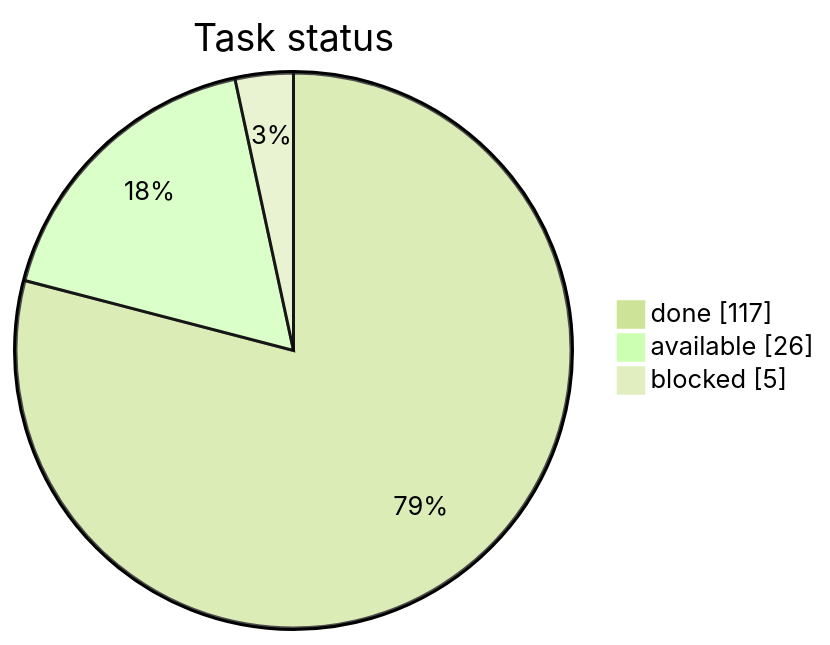
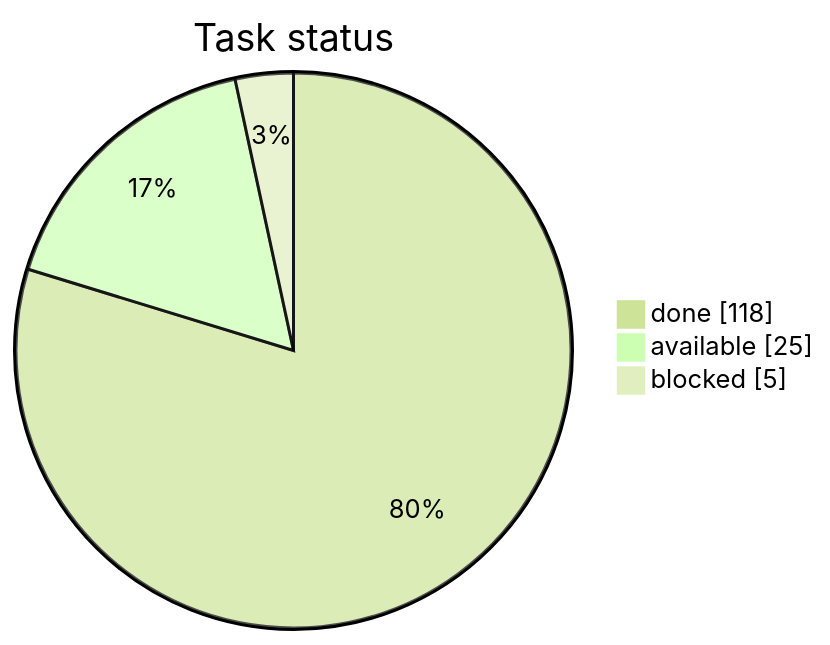
One commit to artemiiShabanov/RallyRivals changed the first of 3 diagrams in STATUS.md. Above: the diagram before and after it, drawn with Mermaid (forest theme). The commit also changed other lines of this file and 7 other files, not shown here.

````diff
--- a/STATUS.md
+++ b/STATUS.md
@@ -7,7 +7,7 @@
 ```mermaid
 pie showData
     title Task status
-    "done" : 117
-    "available" : 26
+    "done" : 118
+    "available" : 25
     "blocked" : 5
 ```
````
